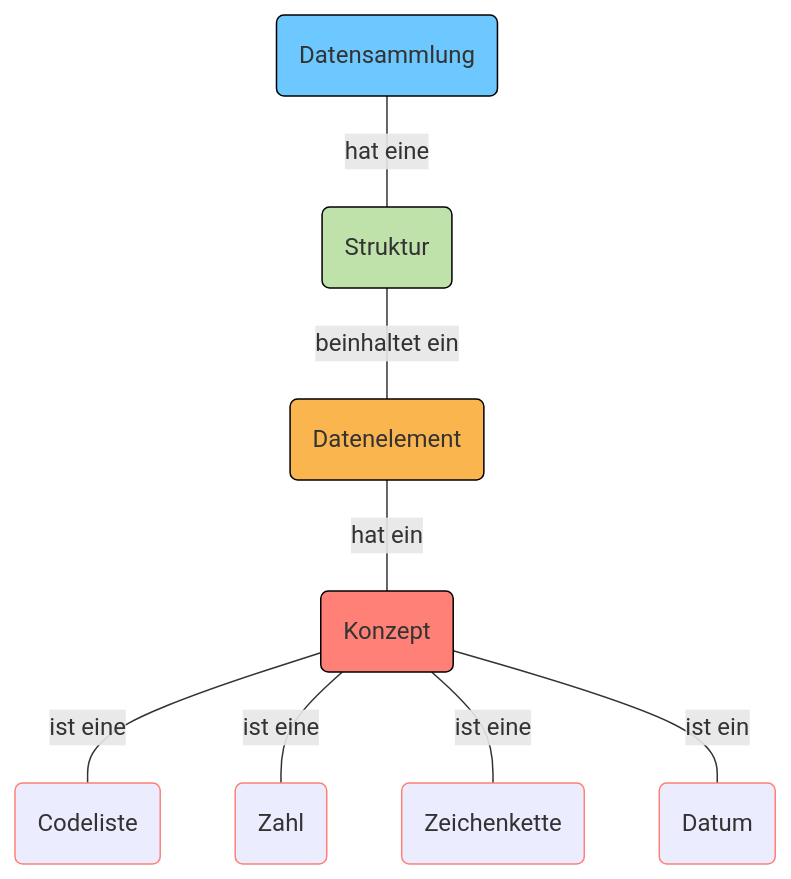
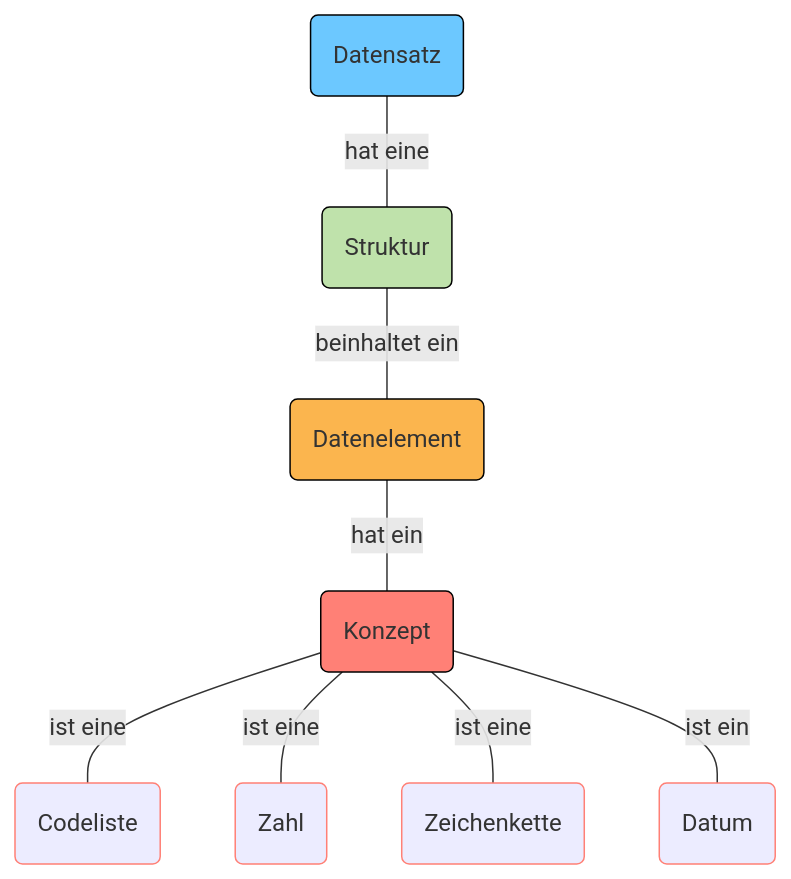
The second of 5 diagrams in content/de/gouvernanz/informationsmodell.md (I14Y-ch/handbook), drawn with Mermaid before and after one commit. The commit also changed other lines of this file and 35 other files, not shown here.

Commit message:
Ausdruck Datensammlung durch Datensatz ersetzt.

````diff
--- a/content/de/gouvernanz/informationsmodell.md
+++ b/content/de/gouvernanz/informationsmodell.md
@@ -60,36 +60,36 @@
 ```mermaid
     flowchart TD
-        dataset1(Datensammlung)
+        dataset1(Datensatz)
         structure1(Struktur)
         dataelement1(Datenelement)
         concept1(Konzept)
         codelist(Codeliste)
         numeric(Zahl)
         string(Zeichenkette)
         date(Datum)
 
         dataset1---|hat eine|structure1
         structure1---|beinhaltet ein|dataelement1
         dataelement1---|hat ein|concept1
         concept1---|ist eine|codelist
         concept1---|ist eine|numeric
         concept1---|ist eine|string
         concept1---|ist ein|date
 
     style dataset1 fill:#6CC8FF
     style dataset1 stroke:black
 
     style structure1 fill:#Bfe2ab
     style structure1 stroke:black
 
     style dataelement1 fill:#Fbb54e
     style dataelement1 stroke:black
 
     style concept1 fill:#Ff8076
     style concept1 stroke:black
 
     style codelist stroke:#Ff8076
     style numeric stroke:#Ff8076
     style string stroke:#Ff8076
     style date stroke:#Ff8076
 ```
````
